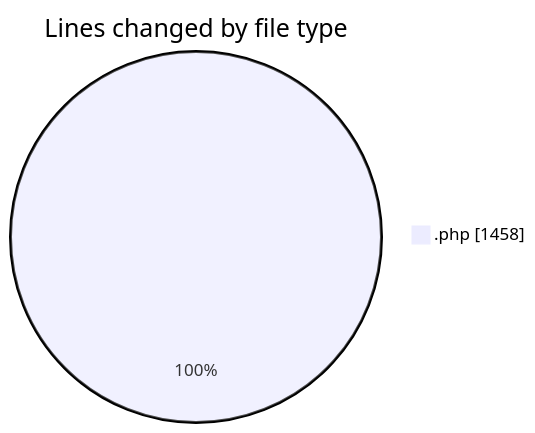
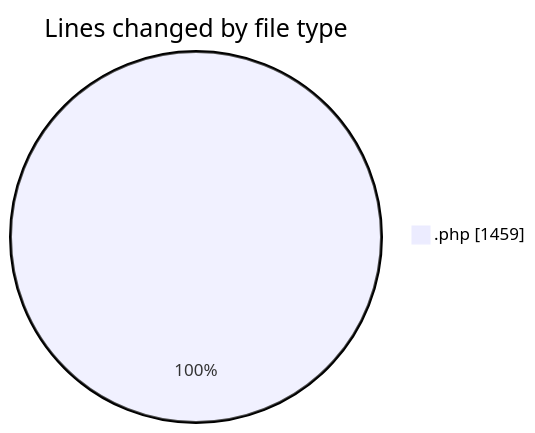
Before and after one commit to vahidmafi/code-tracking: the first of 2 diagrams in 2025-10-04/shop/README.md, drawn with Mermaid. The commit also changed other lines of this file and 1 other file, not shown here.

````diff
--- a/2025-10-04/shop/README.md
+++ b/2025-10-04/shop/README.md
@@ -24,5 +24,5 @@
 ```mermaid
 pie showData
 title Lines changed by file type
-".php" : 1458
+".php" : 1459
 ```
````
